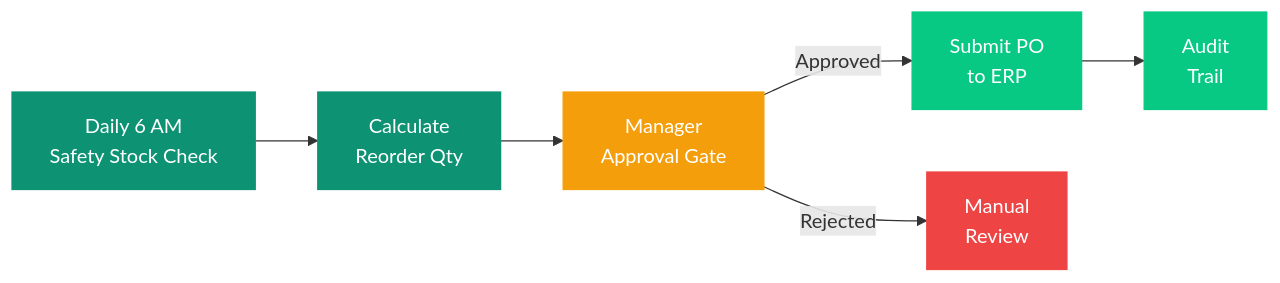
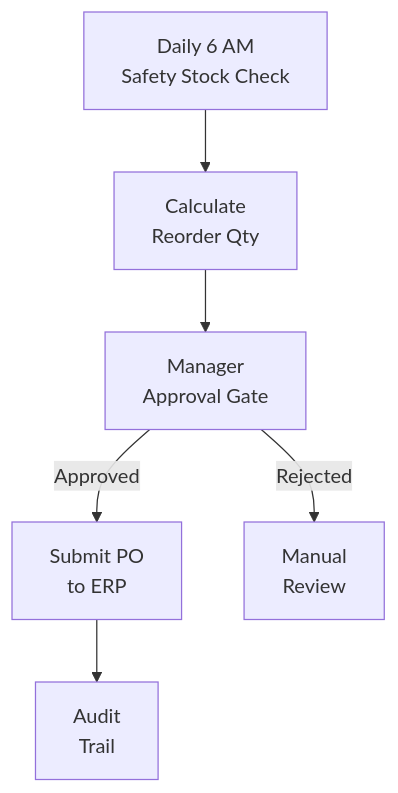
Before and after one commit to ashishsuperatom/tech-docs: the diagram in use-cases/scenarios.mdx, drawn with Mermaid. The commit also changed 37 other files, not shown here.

First line of the commit message:
Clean up docs: remove em-dashes, fix mermaid diagrams, remove emojis

````diff
--- a/use-cases/scenarios.mdx
+++ b/use-cases/scenarios.mdx
@@ -153,15 +153,9 @@
 ```mermaid
-flowchart LR
+flowchart TD
     TRIGGER["Daily 6 AM<br>Safety Stock Check"] --> ANALYZE["Calculate<br>Reorder Qty"]
     ANALYZE --> GATE["Manager<br>Approval Gate"]
     GATE -->|Approved| EXECUTE["Submit PO<br>to ERP"]
     GATE -->|Rejected| REVIEW["Manual<br>Review"]
     EXECUTE --> AUDIT["Audit<br>Trail"]
 
-    style TRIGGER fill:#0D9373,color:#fff,stroke:#0D9373
-    style ANALYZE fill:#0D9373,color:#fff,stroke:#0D9373
-    style GATE fill:#f59e0b,color:#fff,stroke:#f59e0b
-    style EXECUTE fill:#07C983,color:#fff,stroke:#07C983
-    style AUDIT fill:#07C983,color:#fff,stroke:#07C983
-    style REVIEW fill:#ef4444,color:#fff,stroke:#ef4444
 ```
````
